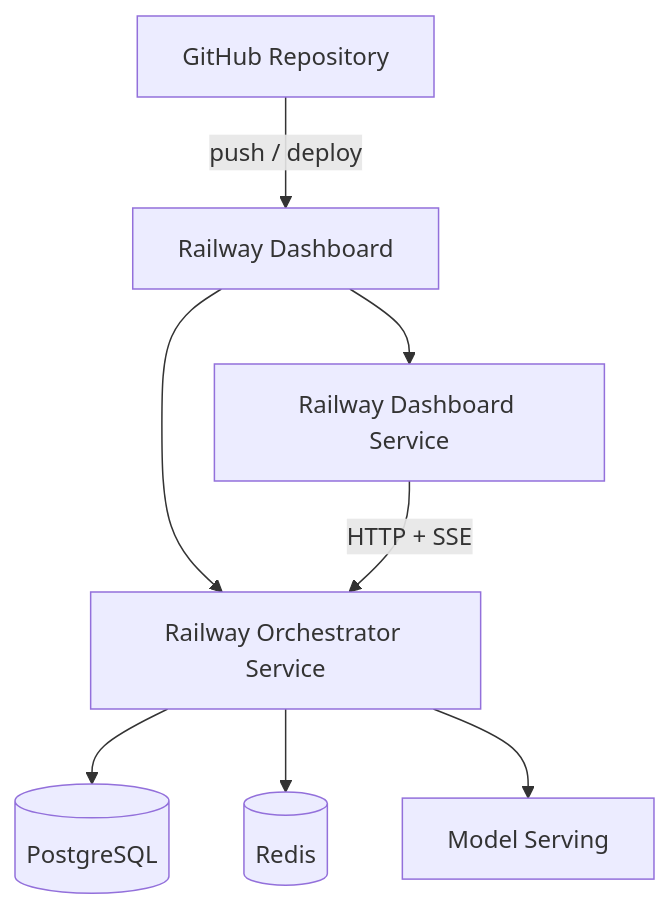
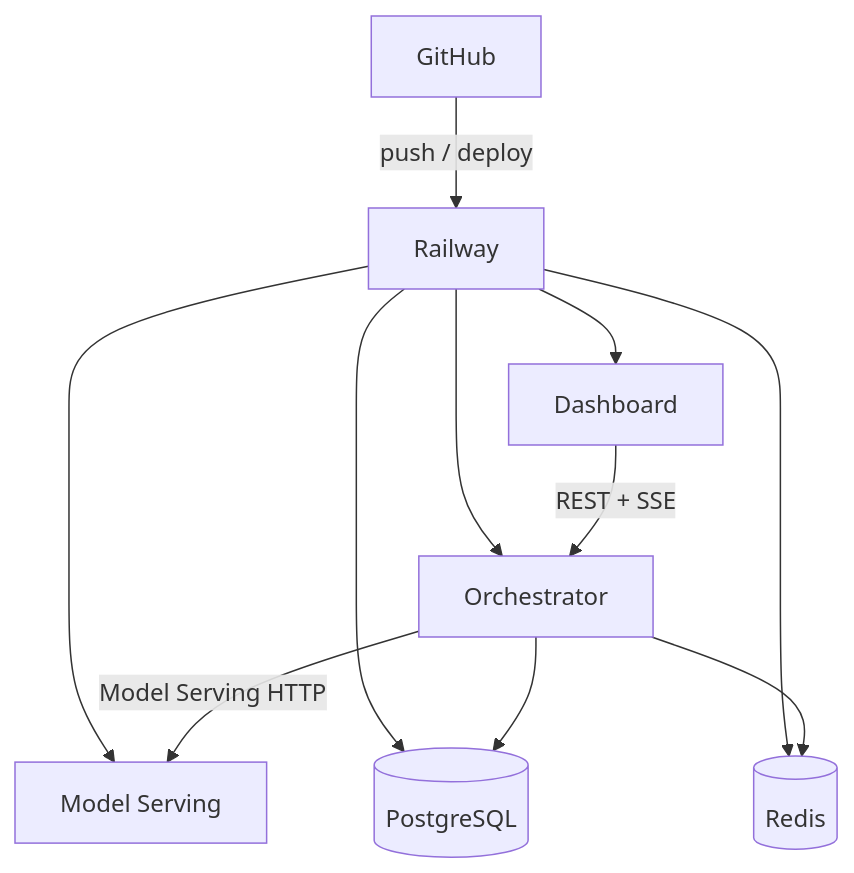
Before and after one commit to Vinayak150/sherlock-interview-integrity-system: the fourth of 4 diagrams in README.md, drawn with Mermaid. The commit also changed other lines of this file and 113 other files, not shown here.

````diff
--- a/README.md
+++ b/README.md
@@ -172,19 +379,23 @@
 ```mermaid
 flowchart TB
+  GH["GitHub"]
+  RW["Railway"]
 
-  GH["GitHub Repository"]
-  RD["Railway Dashboard"]
-  ORCH["Railway Orchestrator Service"]
-  DASH["Railway Dashboard Service"]
+  DASH["Dashboard"]
+  ORCH["Orchestrator"]
+  MS["Model Serving"]
   PG[("PostgreSQL")]
   REDIS[("Redis")]
-  MS["Model Serving"]
 
-  GH -->|push / deploy| RD
-  RD --> ORCH
-  RD --> DASH
+  GH -->|"push / deploy"| RW
+  RW --> DASH
+  RW --> ORCH
+  RW --> MS
+  RW --> PG
+  RW --> REDIS
+
+  DASH -->|"REST + SSE"| ORCH
+  ORCH -->|"Model Serving HTTP"| MS
   ORCH --> PG
   ORCH --> REDIS
-  ORCH --> MS
-  DASH -->|HTTP + SSE| ORCH
 ```
````
